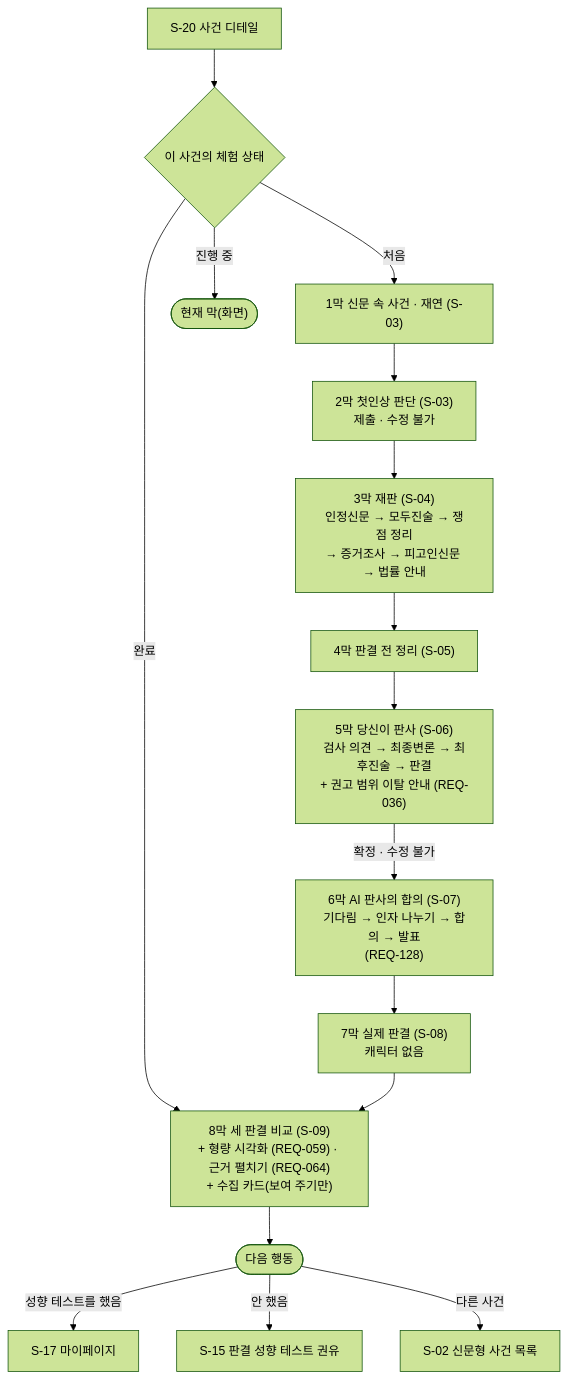
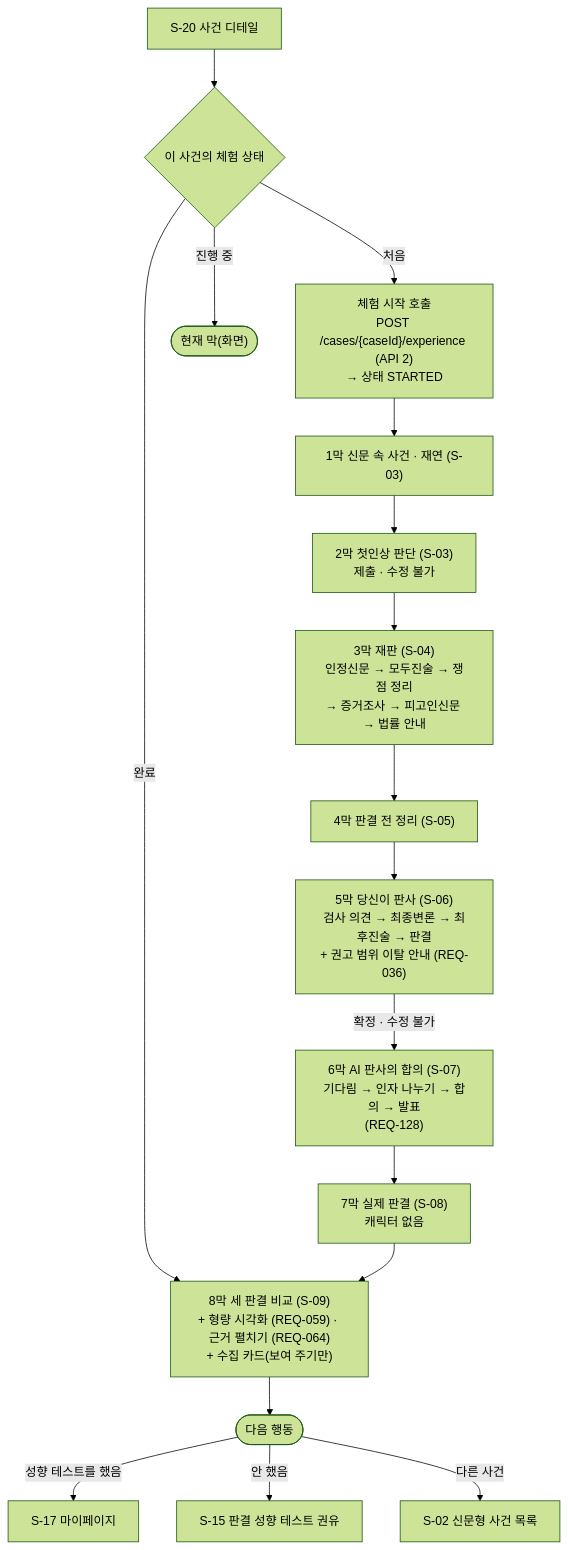
One commit to prgrms-aibe-devcourse/AIBE7_FinalProject_Team2 changed the fifth of 8 diagrams in docs/user-flow.md. Above: the diagram before and after it, drawn with Mermaid (forest theme). The commit also changed 2 other files, not shown here.

Commit message:
docs : COMMON-33 CodeRabbit 리뷰 반영 (S-20 체험 시작 API 호출 명시 · REQ-089 단계 기준 명시)

````diff
--- a/docs/user-flow.md
+++ b/docs/user-flow.md
@@ -237,18 +237,19 @@
 ```mermaid
 flowchart TD
     CD["S-20 사건 디테일"] --> D1{"이 사건의 체험 상태"}
-    D1 -->|처음| A1
+    D1 -->|처음| ST["체험 시작 호출<br/>POST /cases/{caseId}/experience (API 2)<br/>→ 상태 STARTED"]
+    ST --> A1
     D1 -->|진행 중| P(["현재 막(화면)"])
     D1 -->|완료| A8
     A1["1막 신문 속 사건 · 재연 (S-03)"] --> A2["2막 첫인상 판단 (S-03)<br/>제출 · 수정 불가"]
     A2 --> A3["3막 재판 (S-04)<br/>인정신문 → 모두진술 → 쟁점 정리<br/>→ 증거조사 → 피고인신문 → 법률 안내"]
     A3 --> A4["4막 판결 전 정리 (S-05)"]
     A4 --> A5["5막 당신이 판사 (S-06)<br/>검사 의견 → 최종변론 → 최후진술 → 판결<br/>+ 권고 범위 이탈 안내 (REQ-036)"]
     A5 -->|확정 · 수정 불가| A6["6막 AI 판사의 합의 (S-07)<br/>기다림 → 인자 나누기 → 합의 → 발표<br/>(REQ-128)"]
     A6 --> A7["7막 실제 판결 (S-08)<br/>캐릭터 없음"]
     A7 --> A8["8막 세 판결 비교 (S-09)<br/>+ 형량 시각화 (REQ-059) · 근거 펼치기 (REQ-064)<br/>+ 수집 카드(보여 주기만)"]
     A8 --> NX(["다음 행동"])
     NX -->|성향 테스트를 했음| MY["S-17 마이페이지"]
     NX -->|안 했음| T["S-15 판결 성향 테스트 권유"]
     NX -->|다른 사건| N["S-02 신문형 사건 목록"]
 ```
````
